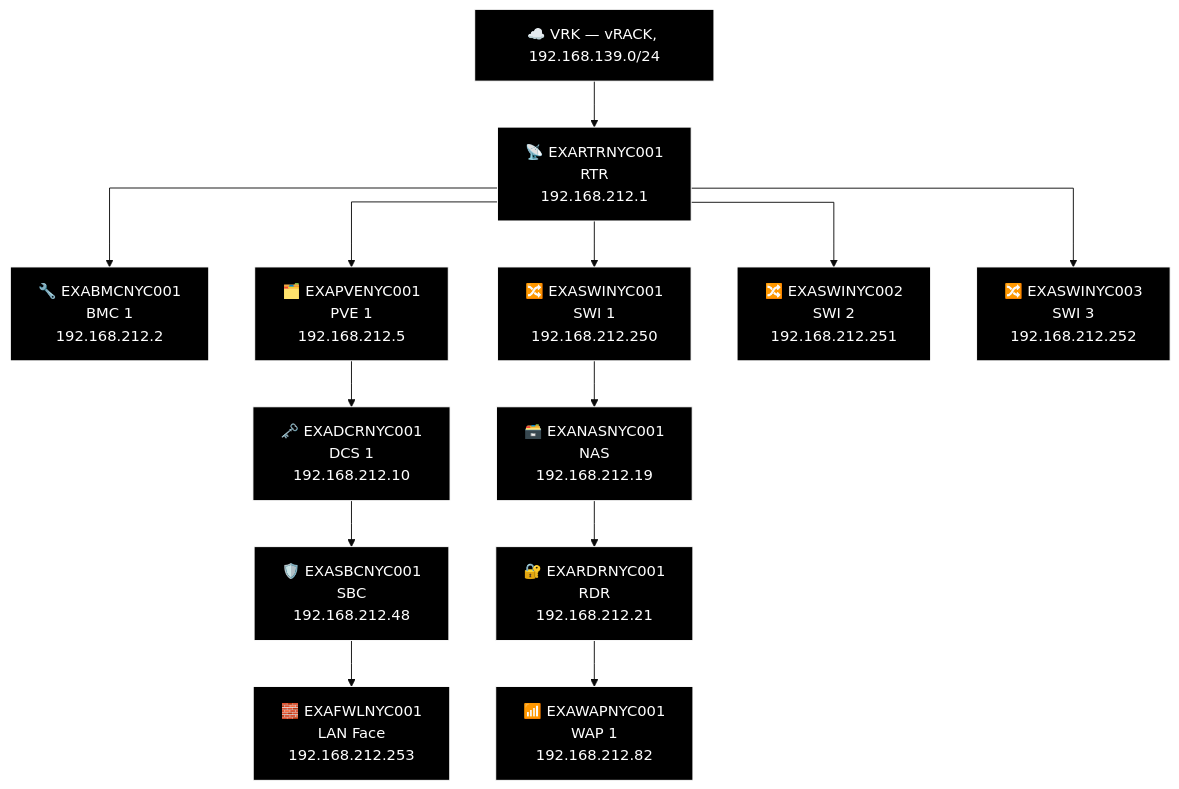
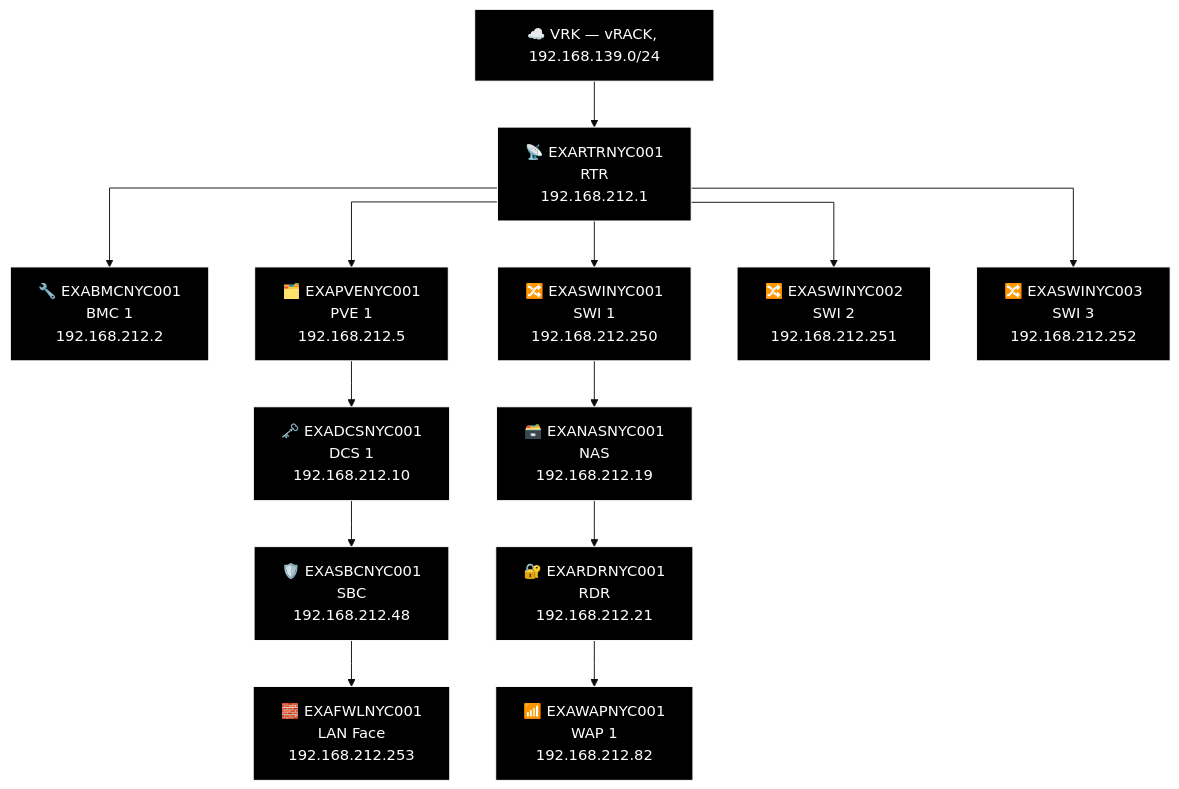
Before and after one commit to knightmare2600/example_music_infra: the sixth of 19 diagrams in docs/network-diagram/united-states.md, drawn with Mermaid (base theme). The commit also changed other lines of this file and 11 other files, not shown here.

````diff
--- a/docs/network-diagram/united-states.md
+++ b/docs/network-diagram/united-states.md
@@ -266,40 +266,40 @@
 ```mermaid
 %% GENERATED:TOPOLOGY:NYC:START
 %%{init: {'flowchart': {'curve': 'stepAfter'}}}%%
 graph TD
     T_VRK["☁️ VRK — vRACK, 192.168.139.0/24"]
     T_RTR["📡 EXARTRNYC001<br/>RTR<br/>192.168.212.1"]
     T_VRK --> T_RTR
     T_BMC["🔧 EXABMCNYC001<br/>BMC 1<br/>192.168.212.2"]
     T_RTR --> T_BMC
     T_PVE["🗂️ EXAPVENYC001<br/>PVE 1<br/>192.168.212.5"]
     T_RTR --> T_PVE
     T_SWI["🔀 EXASWINYC001<br/>SWI 1<br/>192.168.212.250"]
     T_RTR --> T_SWI
     T_SWI2["🔀 EXASWINYC002<br/>SWI 2<br/>192.168.212.251"]
     T_RTR --> T_SWI2
     T_SWI3["🔀 EXASWINYC003<br/>SWI 3<br/>192.168.212.252"]
     T_RTR --> T_SWI3
     T_NAS["🗃️ EXANASNYC001<br/>NAS<br/>192.168.212.19"]
     T_RDR["🔐 EXARDRNYC001<br/>RDR<br/>192.168.212.21"]
     T_WAP["📶 EXAWAPNYC001<br/>WAP 1<br/>192.168.212.82"]
     T_SWI --> T_NAS --> T_RDR --> T_WAP
-    T_DCS["🗝️ EXADCRNYC001<br/>DCS 1<br/>192.168.212.10"]
+    T_DCS["🗝️ EXADCSNYC001<br/>DCS 1<br/>192.168.212.10"]
     T_SBC["🛡️ EXASBCNYC001<br/>SBC<br/>192.168.212.48"]
     T_FWL["🧱 EXAFWLNYC001<br/>LAN Face<br/>192.168.212.253"]
     T_PVE --> T_DCS --> T_SBC --> T_FWL
     style T_VRK fill:#000000,stroke:#FFFFFF,color:#FFFFFF
     style T_RTR fill:#000000,stroke:#FFFFFF,color:#FFFFFF
     style T_BMC fill:#000000,stroke:#FFFFFF,color:#FFFFFF
     style T_PVE fill:#000000,stroke:#FFFFFF,color:#FFFFFF
     style T_SWI fill:#000000,stroke:#FFFFFF,color:#FFFFFF
     style T_SWI2 fill:#000000,stroke:#FFFFFF,color:#FFFFFF
     style T_SWI3 fill:#000000,stroke:#FFFFFF,color:#FFFFFF
     style T_NAS fill:#000000,stroke:#FFFFFF,color:#FFFFFF
     style T_RDR fill:#000000,stroke:#FFFFFF,color:#FFFFFF
     style T_WAP fill:#000000,stroke:#FFFFFF,color:#FFFFFF
     style T_DCS fill:#000000,stroke:#FFFFFF,color:#FFFFFF
     style T_SBC fill:#000000,stroke:#FFFFFF,color:#FFFFFF
     style T_FWL fill:#000000,stroke:#FFFFFF,color:#FFFFFF
 %% GENERATED:TOPOLOGY:NYC:END
 ```
````
